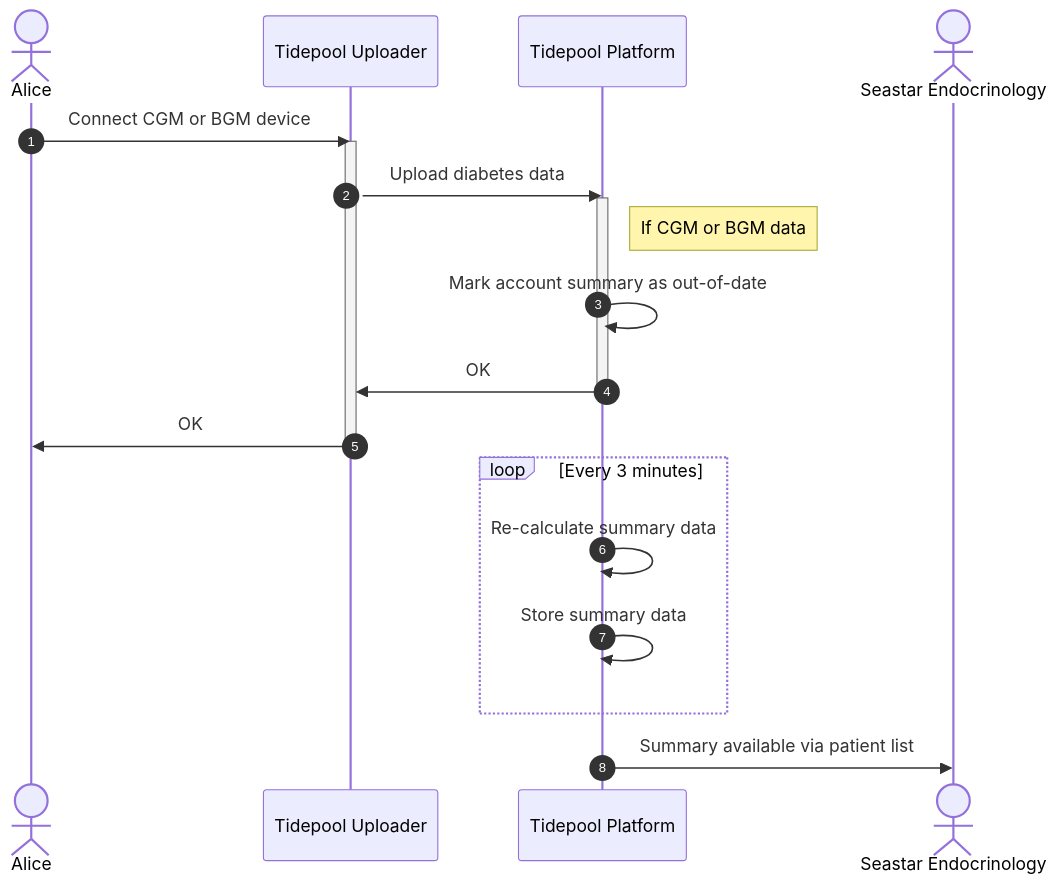
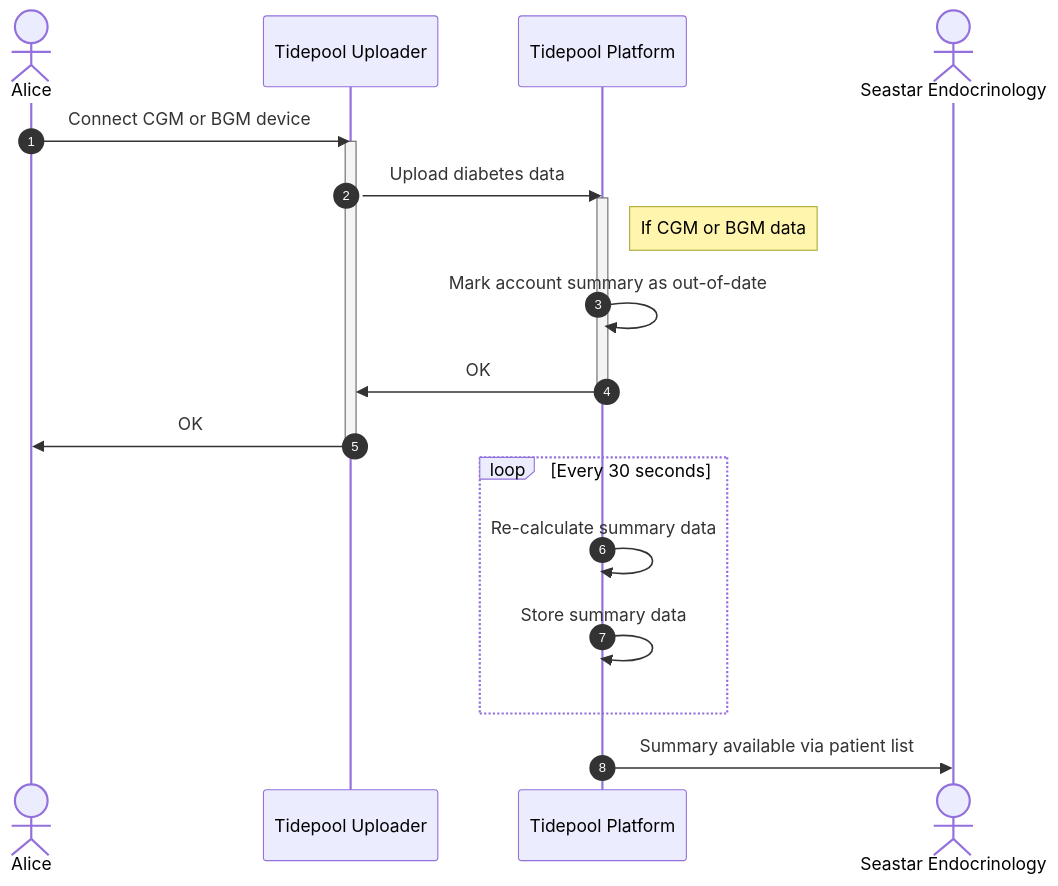
One commit to tidepool-org/TidepoolApi changed the first of 3 diagrams in docs/summary-data.md. Above: the diagram before and after it, drawn with Mermaid. The commit also changed other lines of this file and 1 other file, not shown here.

````diff
--- a/docs/summary-data.md
+++ b/docs/summary-data.md
@@ -23,26 +27,26 @@
 ```mermaid
 sequenceDiagram
    autonumber
    actor PWD as Alice
    participant Uploader as Tidepool Uploader
    participant Platform as Tidepool Platform
    link Platform: https://api.tidepool.org @ https://api.tidepool.org
    actor Clinic as Seastar Endocrinology
 
    PWD->>Uploader: Connect CGM or BGM device
    activate Uploader
    Uploader->>Platform: Upload diabetes data
    activate Platform
    note right of Platform: If CGM or BGM data
    Platform->>Platform: Mark account summary as out-of-date
    Platform->>Uploader: OK
    deactivate Platform
    Uploader->>PWD: OK
    deactivate Uploader
 
-   loop Every 3 minutes
+   loop Every 30 seconds
       Platform->>Platform: Re-calculate summary data
       Platform->>Platform: Store summary data
    end
    Platform->>Clinic: Summary available via patient list
 ```
````
